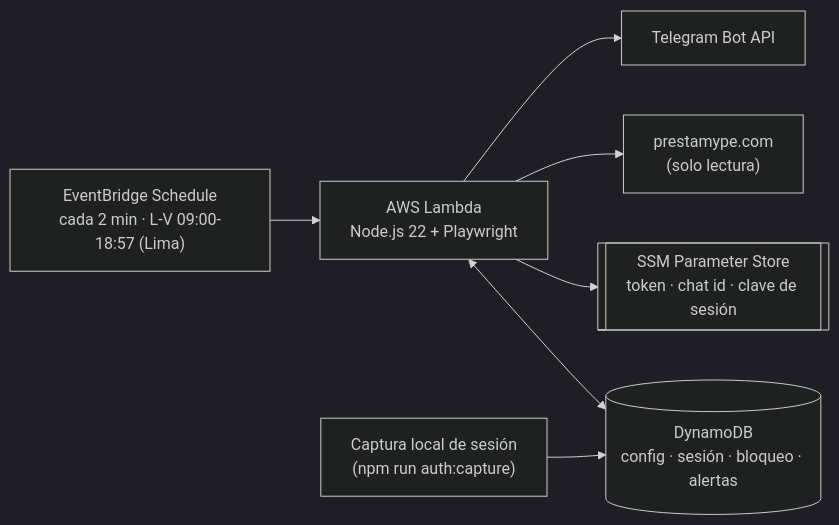
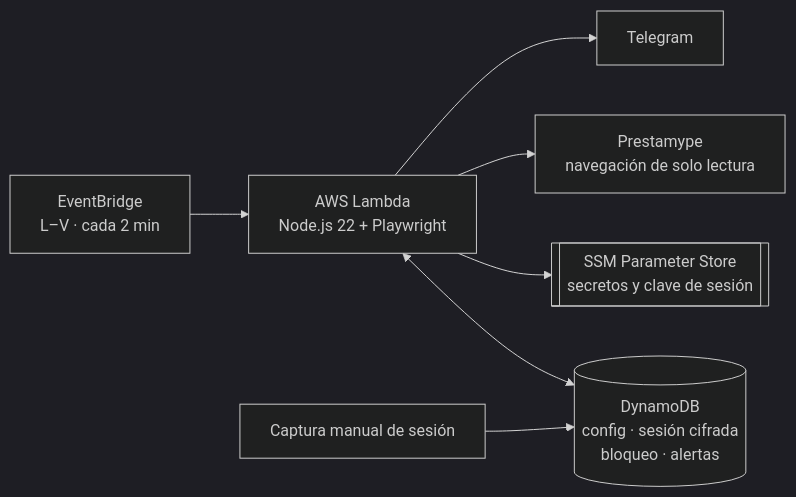
One commit to maishet/prestamype-monitor changed the diagram in README.md. Above: the diagram before and after it, drawn with Mermaid (dark theme). The commit also changed other lines of this file and 1 other file, not shown here.

````diff
--- a/README.md
+++ b/README.md
@@ -25,9 +50,9 @@
 ```mermaid
 flowchart LR
-    EB["EventBridge Schedule<br/>cada 2 min · L-V 09:00-18:57 (Lima)"] --> L["AWS Lambda<br/>Node.js 22 + Playwright"]
-    L <--> D[("DynamoDB<br/>config · sesión · bloqueo · alertas")]
-    L --> SSM[["SSM Parameter Store<br/>token · chat id · clave de sesión"]]
-    L --> PM["prestamype.com<br/>(solo lectura)"]
-    L --> TG["Telegram Bot API"]
-    CAP["Captura local de sesión<br/>(npm run auth:capture)"] --> D
+    EB["EventBridge<br/>L–V · cada 2 min"] --> L["AWS Lambda<br/>Node.js 22 + Playwright"]
+    L <--> D[("DynamoDB<br/>config · sesión cifrada<br/>bloqueo · alertas")]
+    L --> SSM[["SSM Parameter Store<br/>secretos y clave de sesión"]]
+    L --> PM["Prestamype<br/>navegación de solo lectura"]
+    L --> TG["Telegram"]
+    CAP["Captura manual de sesión"] --> D
 ```
````
